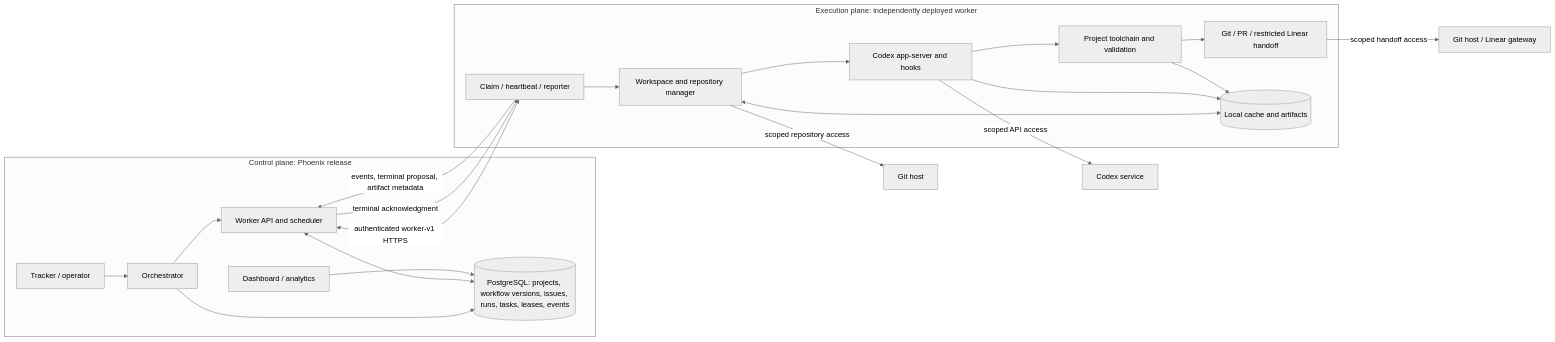
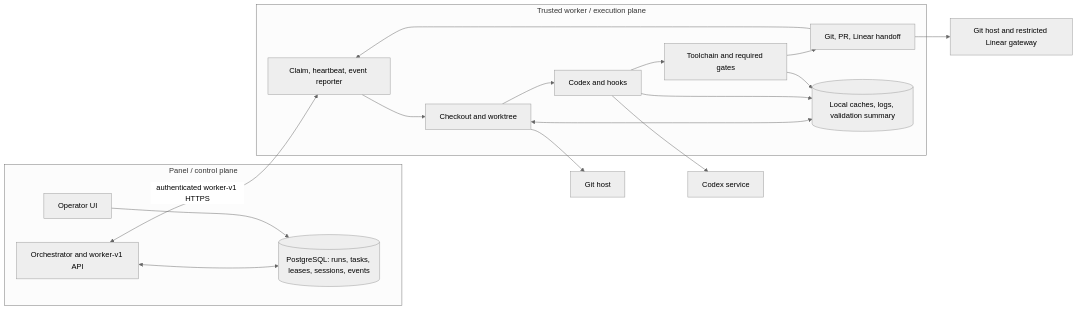
The diagram in docs/execution-runtime-design.md (VikingMew/symphony), drawn with Mermaid (neutral theme) before and after one commit. The commit also changed other lines of this file and 1 other file, not shown here.

First line of the commit message:
docs(worker): simplify execution runtime design

````diff
--- a/docs/execution-runtime-design.md
+++ b/docs/execution-runtime-design.md
@@ -50,34 +42,26 @@
 ```mermaid
 flowchart LR
-  subgraph CP[Control plane: Phoenix release]
-    T[Tracker / operator]
-    O[Orchestrator]
-    Q[Worker API and scheduler]
-    DB[(PostgreSQL: projects, workflow versions, issues, runs, tasks, leases, events)]
-    UI[Dashboard / analytics]
-    T --> O --> Q
-    O --> DB
-    Q <--> DB
+  subgraph Panel[Panel / control plane]
+    O[Orchestrator and worker-v1 API]
+    DB[(PostgreSQL: runs, tasks, leases, sessions, events)]
+    UI[Operator UI]
+    O <--> DB
     UI --> DB
   end
-
-  subgraph EP[Execution plane: independently deployed worker]
-    C[Claim / heartbeat / reporter]
-    W[Workspace and repository manager]
-    X[Codex app-server and hooks]
-    V[Project toolchain and validation]
-    H[Git / PR / restricted Linear handoff]
-    A[(Local cache and artifacts)]
-    C --> W --> X --> V --> H
-    W <--> A
-    X --> A
-    V --> A
+  subgraph Worker[Trusted worker / execution plane]
+    C[Claim, heartbeat, event reporter]
+    W[Checkout and worktree]
+    X[Codex and hooks]
+    V[Toolchain and required gates]
+    H[Git, PR, Linear handoff]
+    L[(Local caches, logs, validation summary)]
+    C --> W --> X --> V --> H --> C
+    W <--> L
+    X --> L
+    V --> L
   end
-
-  Q <-->|authenticated worker-v1 HTTPS| C
-  C -->|events, terminal proposal, artifact metadata| Q
-  Q -->|terminal acknowledgment| C
-  W -->|scoped repository access| R[Git host]
-  X -->|scoped API access| AI[Codex service]
-  H -->|scoped handoff access| GH[Git host / Linear gateway]
+  O <-->|authenticated worker-v1 HTTPS| C
+  W --> Git[Git host]
+  X --> Codex[Codex service]
+  H --> Services[Git host and restricted Linear gateway]
 ```
````
